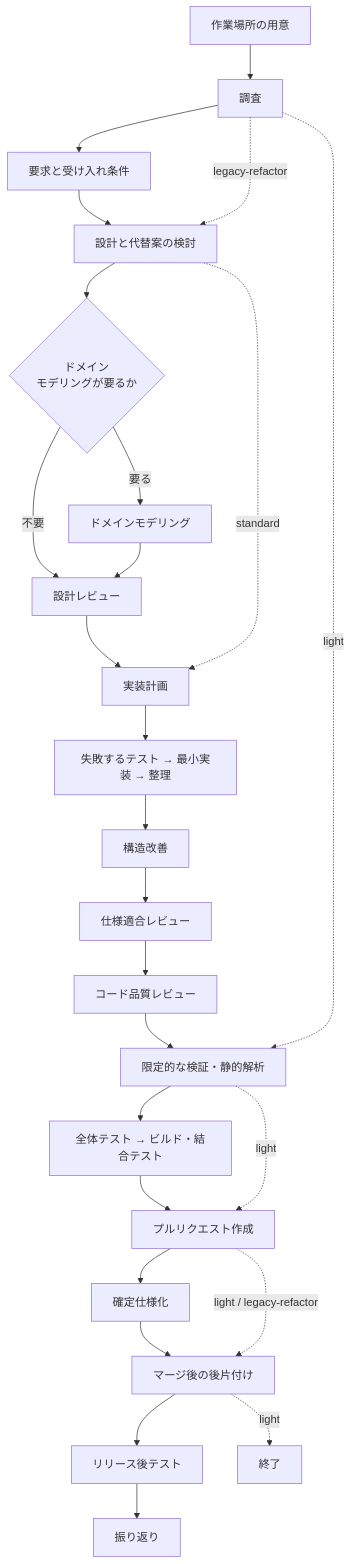
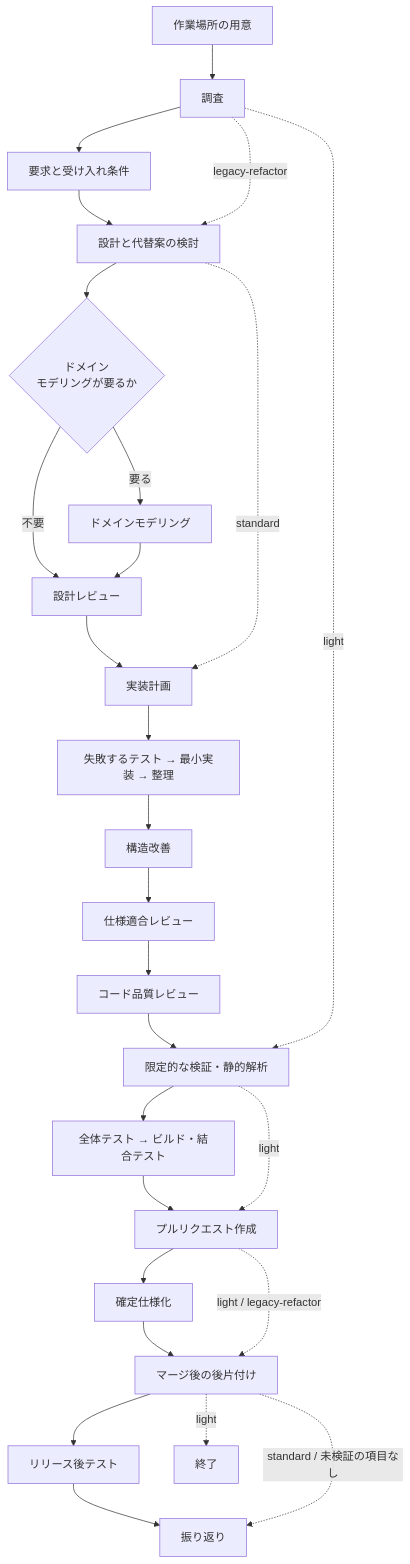
Before and after one commit to devbasex/ai-plugins: the second of 2 diagrams in plugins/ndf/skills/development-workflow/SKILL.md, drawn with Mermaid. The commit also changed other lines of this file and 6 other files, not shown here.

````diff
--- a/plugins/ndf/skills/development-workflow/SKILL.md
+++ b/plugins/ndf/skills/development-workflow/SKILL.md
@@ -143,28 +143,29 @@
 ```mermaid
 flowchart TD
     S[作業場所の用意] --> A[調査]
     A --> B[要求と受け入れ条件]
     B --> C[設計と代替案の検討]
     C --> D{ドメイン<br/>モデリングが要るか}
     D -->|要る| E[ドメインモデリング]
     D -->|不要| F[設計レビュー]
     E --> F
     F --> G[実装計画]
     G --> H[失敗するテスト → 最小実装 → 整理]
     H --> R[構造改善]
     R --> I[仕様適合レビュー]
     I --> J[コード品質レビュー]
     J --> K[限定的な検証・静的解析]
     K --> N[全体テスト → ビルド・結合テスト]
     N --> L[プルリクエスト作成]
     L --> M[確定仕様化]
     M --> P[マージ後の後片付け]
     P --> Q[リリース後テスト]
     Q --> T[振り返り]
+    P -.->|standard / 未検証の項目なし| T
     C -.->|standard| G
     A -.->|legacy-refactor| C
     A -.->|light| K
     K -.->|light| L
     L -.->|light / legacy-refactor| P
     P -.->|light| Z[終了]
 ```
````
